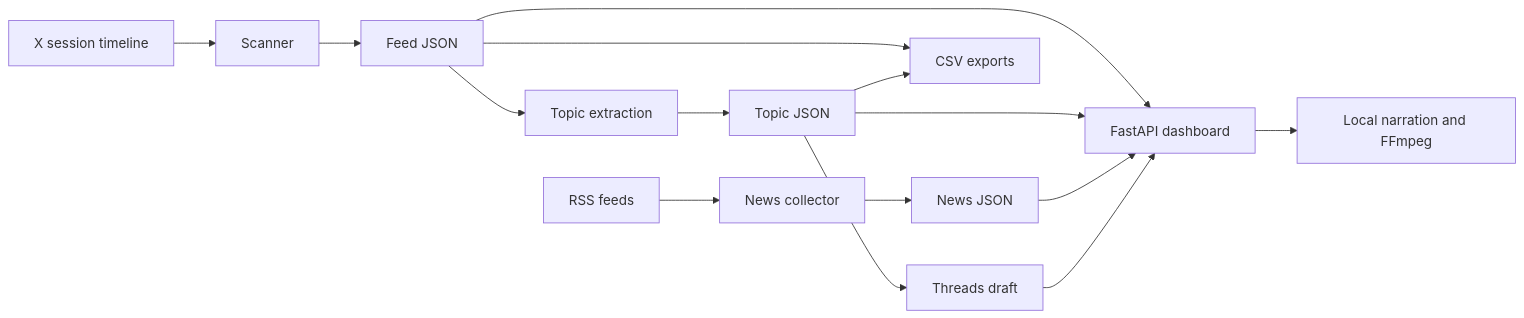
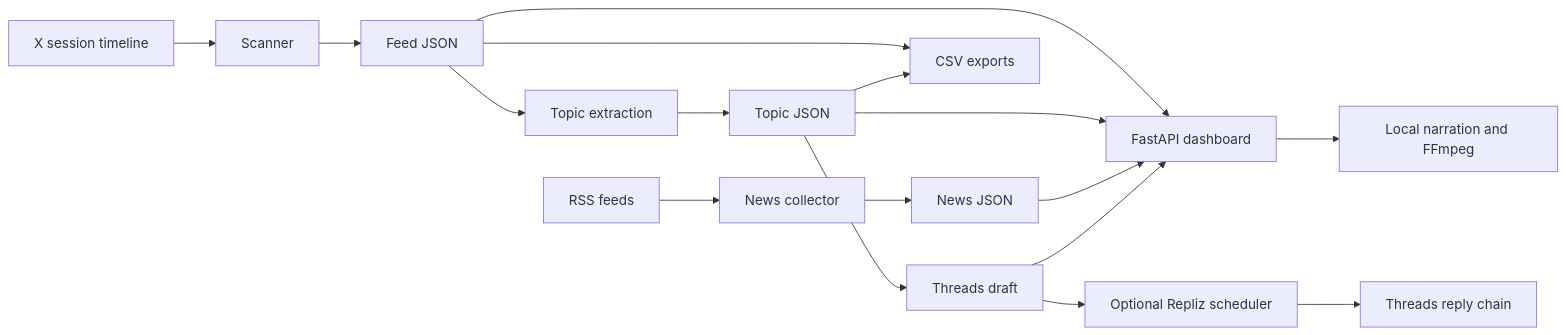
One commit to israhabibi/techbro-pipeline changed the diagram in docs/architecture.md. Above: the diagram before and after it, drawn with Mermaid. The commit also changed other lines of this file and 13 other files, not shown here.

Commit message:
feat: schedule Threads drafts through Repliz

````diff
--- a/docs/architecture.md
+++ b/docs/architecture.md
@@ -3,17 +3,19 @@
 ```mermaid
 flowchart LR
   X[X session timeline] --> Scan[Scanner]
   RSS[RSS feeds] --> Sources[News collector]
   Scan --> Feed[Feed JSON]
   Feed --> Topics[Topic extraction]
   Topics --> TopicJSON[Topic JSON]
   TopicJSON --> Draft[Threads draft]
   Feed --> Dataset[CSV exports]
   TopicJSON --> Dataset
   Sources --> SourceJSON[News JSON]
   Feed --> Web[FastAPI dashboard]
   TopicJSON --> Web
   SourceJSON --> Web
   Draft --> Web
+  Draft --> Publisher[Optional Repliz scheduler]
+  Publisher --> Threads[Threads reply chain]
   Web --> Video[Local narration and FFmpeg]
 ```
````
